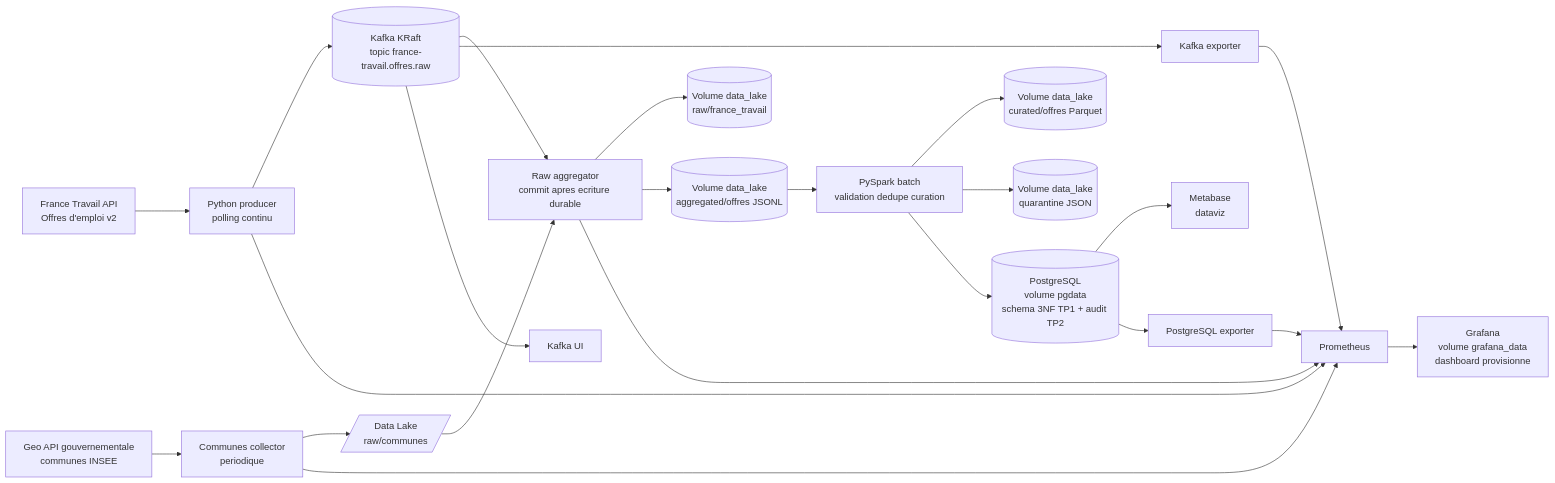
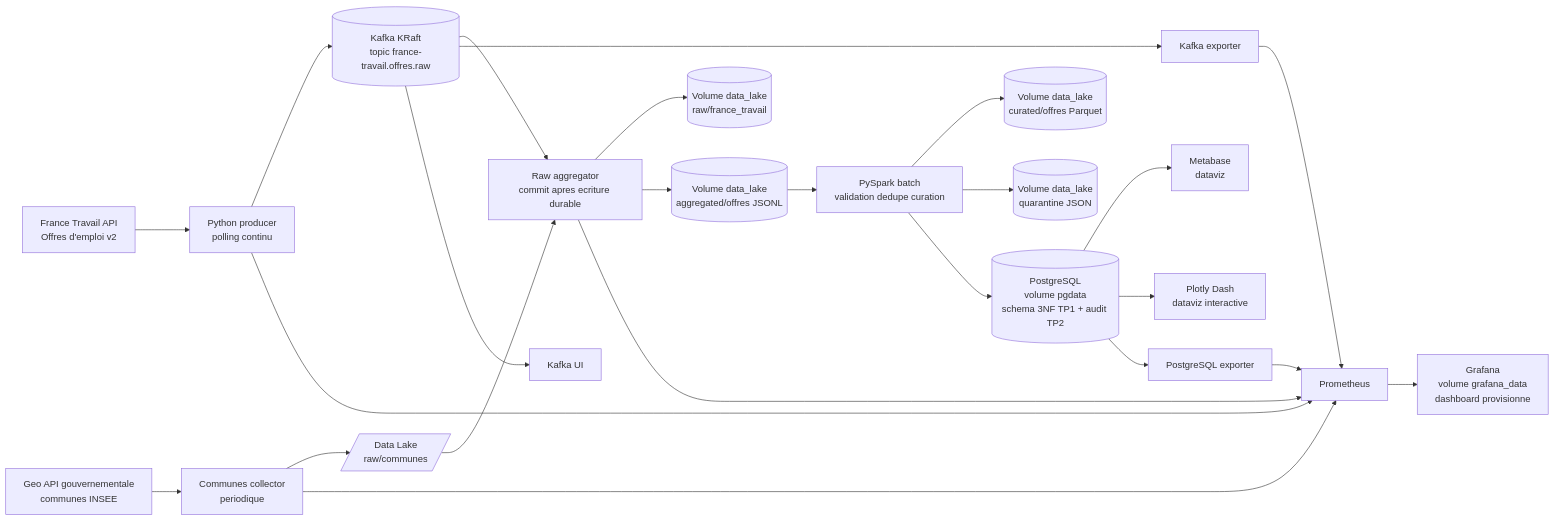
One commit to ArashiNilou/TP_Cours_Audit_Cartographie_SQL changed the diagram in docs/architecture-tp2.mmd. Above: the diagram before and after it, drawn with Mermaid. The commit also changed 6 other files, not shown here.

Commit message:
feat: ajouter un dashboard interactif Plotly Dash conteneurise

```diff
--- a/docs/architecture-tp2.mmd
+++ b/docs/architecture-tp2.mmd
@@ -1,23 +1,24 @@
 flowchart LR
     FT[France Travail API<br/>Offres d'emploi v2] --> Producer[Python producer<br/>polling continu]
     Producer --> Kafka[(Kafka KRaft<br/>topic france-travail.offres.raw)]
     Geo[Geo API gouvernementale<br/>communes INSEE] --> Communes[Communes collector<br/>periodique]
     Communes --> LakeRawCommunes[/Data Lake<br/>raw/communes/]
     Kafka --> Aggregator[Raw aggregator<br/>commit apres ecriture durable]
     Aggregator --> LakeRawFT[(Volume data_lake<br/>raw/france_travail)]
     LakeRawCommunes --> Aggregator
     Aggregator --> LakeAgg[(Volume data_lake<br/>aggregated/offres JSONL)]
     LakeAgg --> Spark[PySpark batch<br/>validation dedupe curation]
     Spark --> LakeCurated[(Volume data_lake<br/>curated/offres Parquet)]
     Spark --> LakeQuarantine[(Volume data_lake<br/>quarantine JSON)]
     Spark --> Postgres[(PostgreSQL<br/>volume pgdata<br/>schema 3NF TP1 + audit TP2)]
     Postgres --> Metabase[Metabase<br/>dataviz]
+    Postgres --> Dash[Plotly Dash<br/>dataviz interactive]
     Postgres --> PgExporter[PostgreSQL exporter]
     Kafka --> KafkaExporter[Kafka exporter]
     Producer --> Prometheus[Prometheus]
     Communes --> Prometheus
     Aggregator --> Prometheus
     PgExporter --> Prometheus
     KafkaExporter --> Prometheus
     Prometheus --> Grafana[Grafana<br/>volume grafana_data<br/>dashboard provisionne]
     Kafka --> KafkaUI[Kafka UI]
```
